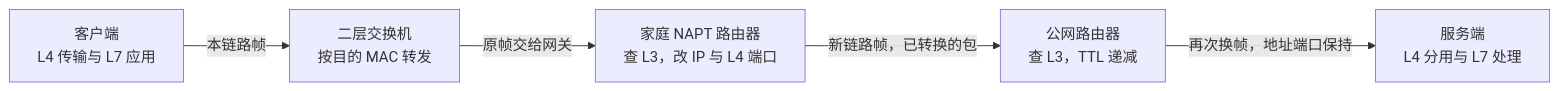
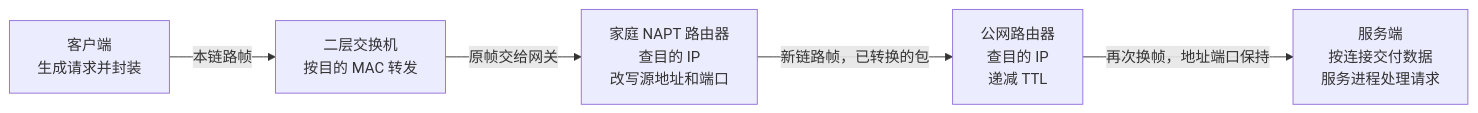
The second of 4 diagrams in content/posts/networking/layered-architecture-packet-journey.md (fordelkon/delkon.us.kg), drawn with Mermaid before and after one commit. The commit also changed other lines of this file and 21 other files, not shown here.

Commit message:
feat: refine networking diagrams and examples

````diff
--- a/content/posts/networking/layered-architecture-packet-journey.md
+++ b/content/posts/networking/layered-architecture-packet-journey.md
@@ -106,7 +100,7 @@
 ```mermaid mobile-direction="TB" title="交换、路由与 NAPT 各自改动什么" description="限定普通 IPv4/TCP、以太网链路与家庭 NAPT，无应用代理。交换机不重写 MAC 或 IP；路由器在各自出口重新封装二层头并递减 TTL。家庭 NAPT 额外改写源 IP 和源端口，之后普通公网路由不再改写这对地址端口；不是整个 IP/TCP 头逐字节保持不变。箭头表示经过顺序，不按距离或耗时比例绘制。"
 flowchart LR
- client["客户端<br/>L4 传输与 L7 应用"] -->|本链路帧| switch["二层交换机<br/>按目的 MAC 转发"]
- switch -->|原帧交给网关| nat["家庭 NAPT 路由器<br/>查 L3，改 IP 与 L4 端口"]
- nat -->|新链路帧，已转换的包| router["公网路由器<br/>查 L3，TTL 递减"]
- router -->|再次换帧，地址端口保持| server["服务端<br/>L4 分用与 L7 处理"]
+ client["客户端<br/>生成请求并封装"] -->|本链路帧| switch["二层交换机<br/>按目的 MAC 转发"]
+ switch -->|原帧交给网关| nat["家庭 NAPT 路由器<br/>查目的 IP<br/>改写源地址和端口"]
+ nat -->|新链路帧，已转换的包| router["公网路由器<br/>查目的 IP<br/>递减 TTL"]
+ router -->|再次换帧，地址端口保持| server["服务端<br/>按连接交付数据<br/>服务进程处理请求"]
 ```
````
